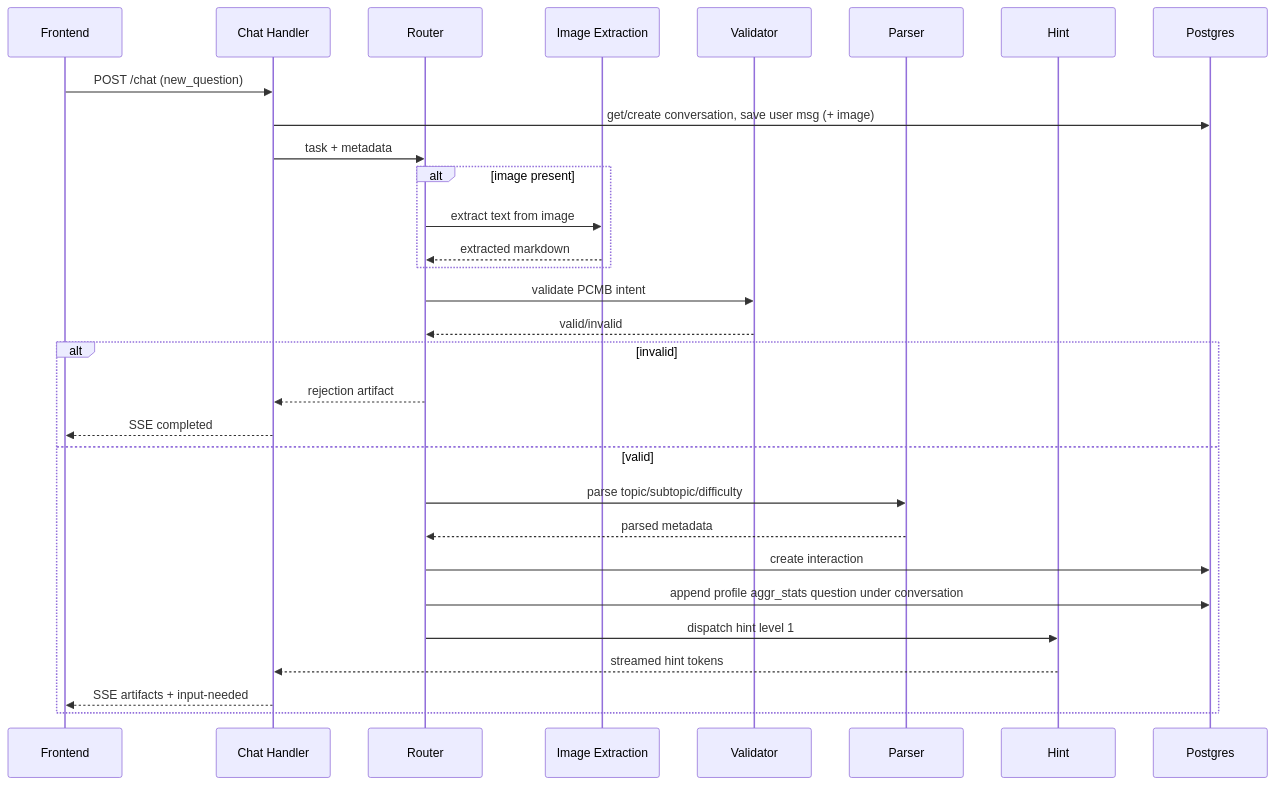
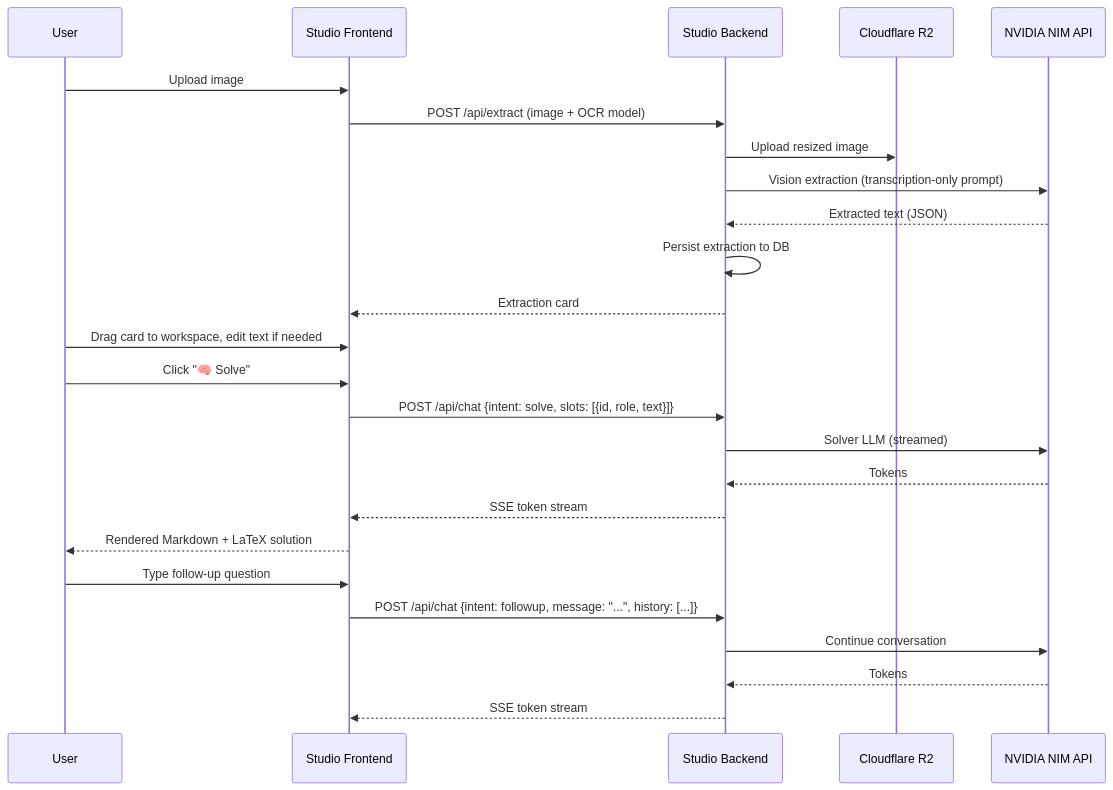
One commit to AnshuOnGit/saras-tutor changed the first of 2 diagrams in README.md. Above: the diagram before and after it, drawn with Mermaid. The commit also changed other lines of this file and 54 other files, not shown here.

Commit message:
mvp image to text and question solver

````diff
--- a/README.md
+++ b/README.md
@@ -183,36 +104,30 @@
 ```mermaid
 sequenceDiagram
-  participant F as Frontend
-  participant CH as Chat Handler
-  participant R as Router
-  participant IE as Image Extraction
-  participant V as Validator
-  participant P as Parser
-  participant H as Hint
-  participant DB as Postgres
+  participant U as User
+  participant FE as Studio Frontend
+  participant BE as Studio Backend
+  participant R2 as Cloudflare R2
+  participant NIM as NVIDIA NIM API
 
-  F->>CH: POST /chat (new_question)
-  CH->>DB: get/create conversation, save user msg (+ image)
-  CH->>R: task + metadata
+  U->>FE: Upload image
+  FE->>BE: POST /api/extract (image + OCR model)
+  BE->>R2: Upload resized image
+  BE->>NIM: Vision extraction (transcription-only prompt)
+  NIM-->>BE: Extracted text (JSON)
+  BE->>BE: Persist extraction to DB
+  BE-->>FE: Extraction card
 
-  alt image present
-    R->>IE: extract text from image
-    IE-->>R: extracted markdown
-  end
+  U->>FE: Drag card to workspace, edit text if needed
+  U->>FE: Click "🧠 Solve"
+  FE->>BE: POST /api/chat {intent: solve, slots: [{id, role, text}]}
+  BE->>NIM: Solver LLM (streamed)
+  NIM-->>BE: Tokens
+  BE-->>FE: SSE token stream
+  FE-->>U: Rendered Markdown + LaTeX solution
 
-  R->>V: validate PCMB intent
-  V-->>R: valid/invalid
-
-  alt invalid
-    R-->>CH: rejection artifact
-    CH-->>F: SSE completed
-  else valid
-    R->>P: parse topic/subtopic/difficulty
-    P-->>R: parsed metadata
-    R->>DB: create interaction
-    R->>DB: append profile aggr_stats question under conversation
-    R->>H: dispatch hint level 1
-    H-->>CH: streamed hint tokens
-    CH-->>F: SSE artifacts + input-needed
-  end
+  U->>FE: Type follow-up question
+  FE->>BE: POST /api/chat {intent: followup, message: "...", history: [...]}
+  BE->>NIM: Continue conversation
+  NIM-->>BE: Tokens
+  BE-->>FE: SSE token stream
 ```
````
